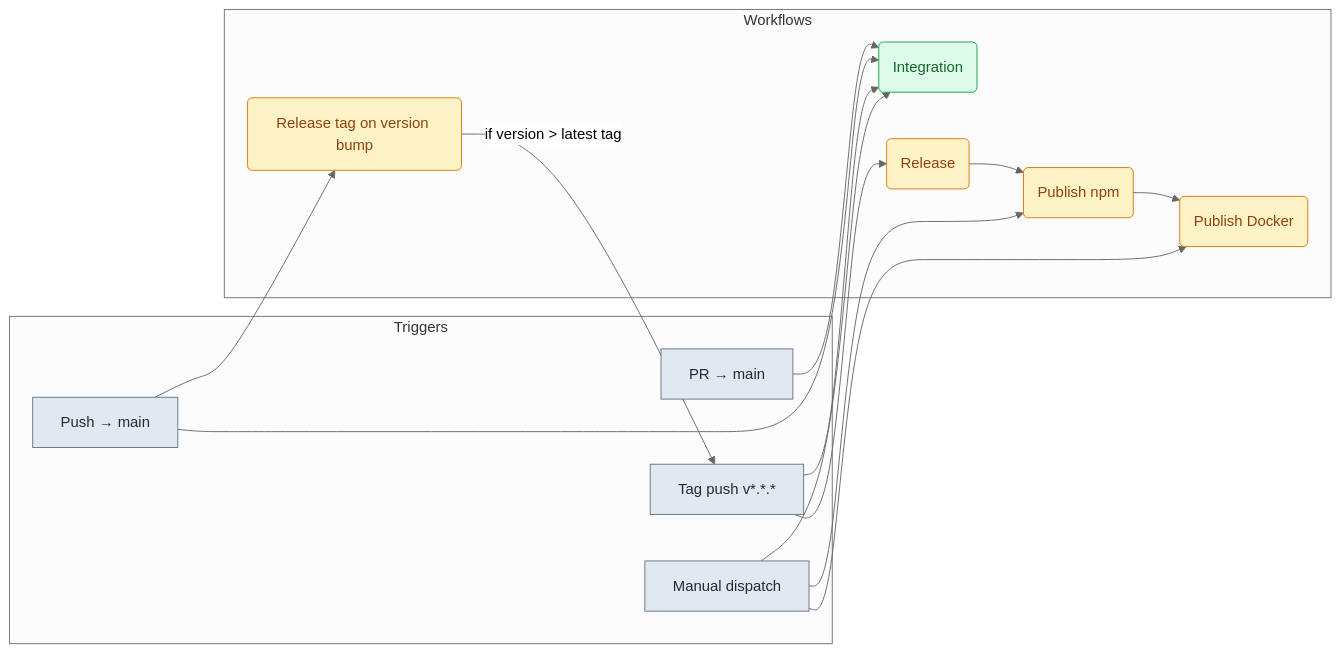
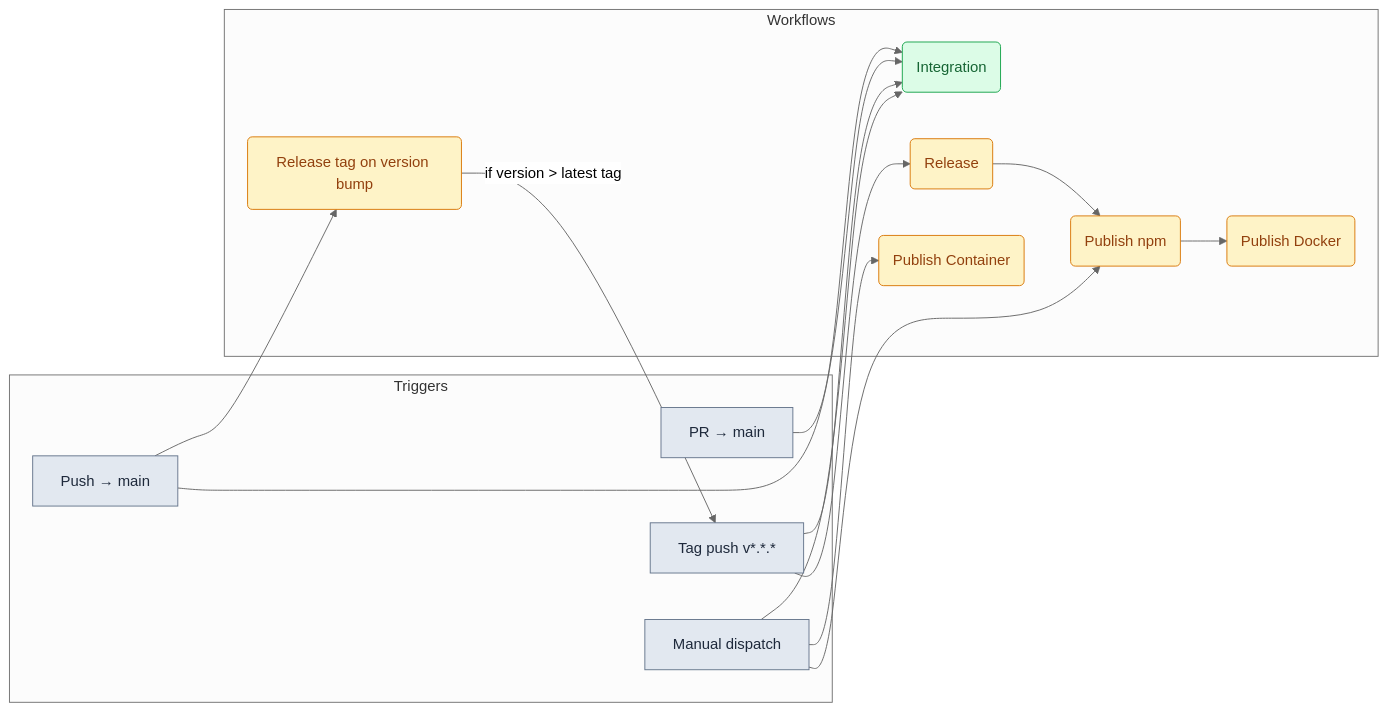
Before and after one commit to debian777/kairos-mcp: the first of 3 diagrams in .github/workflows/README.md, drawn with Mermaid (neutral theme). The commit also changed other lines of this file and 2 other files, not shown here.

First line of the commit message:
feat(ci): publish container to Quay and rename workflow to publish-container

````diff
--- a/.github/workflows/README.md
+++ b/.github/workflows/README.md
@@ -5,36 +5,37 @@
 ```mermaid
 flowchart LR
   subgraph triggers["Triggers"]
     PR[PR → main]
     PUSH[Push → main]
     TAG[Tag push v*.*.*]
     MANUAL[Manual dispatch]
   end
 
   subgraph workflows["Workflows"]
     INT(Integration)
     RTAG(Release tag on version bump)
     REL(Release)
     PNPM(Publish npm)
     PDOCK(Publish Docker)
+    PCONT(Publish Container)
   end
 
   PR --> INT
   PUSH --> INT
   PUSH --> RTAG
   TAG --> INT
   TAG --> REL
   RTAG -->|"if version > latest tag"| TAG
   REL --> PNPM
   PNPM --> PDOCK
   MANUAL --> INT
   MANUAL --> PNPM
-  MANUAL --> PDOCK
+  MANUAL --> PCONT
 
   classDef trigger fill:#e2e8f0,stroke:#64748b,color:#1e293b
   classDef integration fill:#dcfce7,stroke:#16a34a,color:#166534
   classDef release fill:#fef3c7,stroke:#d97706,color:#92400e
   class PR,PUSH,TAG,MANUAL trigger
   class INT integration
-  class RTAG,REL,PNPM,PDOCK release
+  class RTAG,REL,PNPM,PDOCK,PCONT release
 ```
````
